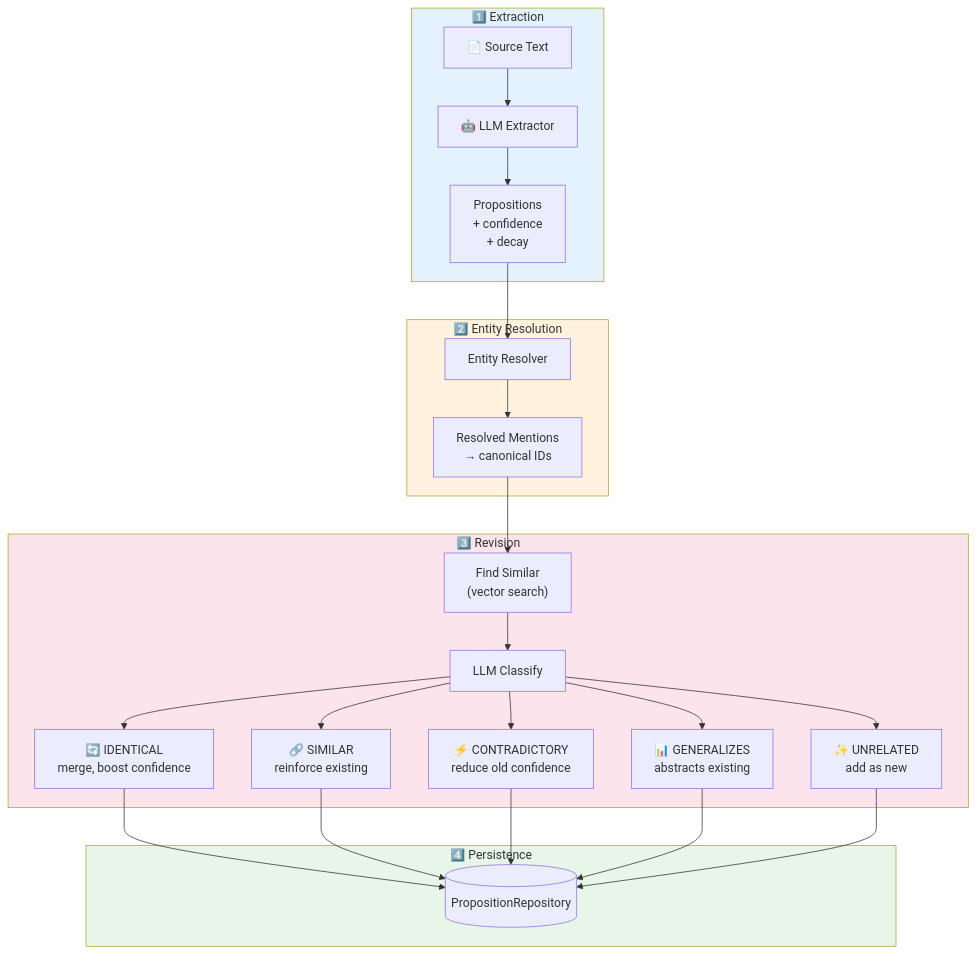
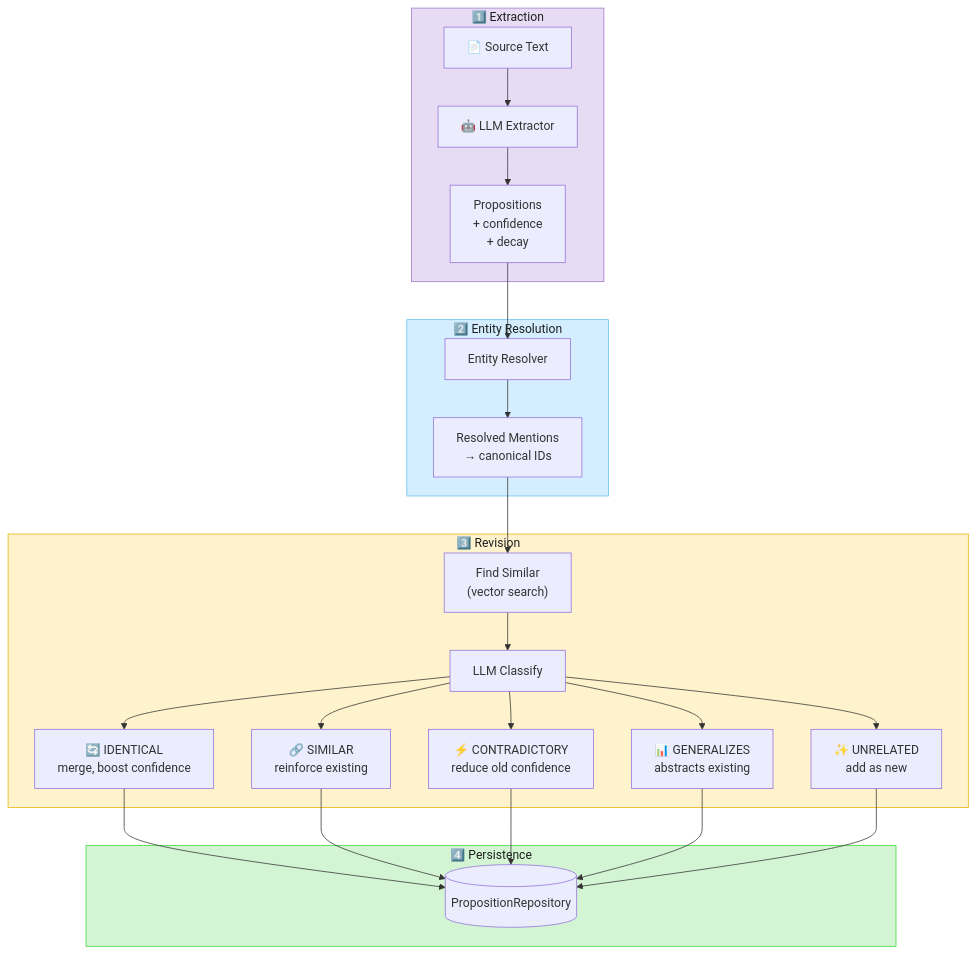
Before and after one commit to embabel/dice: the first of 4 diagrams in README.md, drawn with Mermaid. The commit also changed other lines of this file and 1 other file, not shown here.

````diff
--- a/README.md
+++ b/README.md
@@ -96,36 +96,36 @@
 ```mermaid
 flowchart TB
     subgraph Extraction["1️⃣ Extraction"]
         Text["📄 Source Text"] --> LLM["🤖 LLM Extractor"]
         LLM --> Props["Propositions<br/>+ confidence<br/>+ decay"]
     end
 
     subgraph Resolution["2️⃣ Entity Resolution"]
         Props --> ER["Entity Resolver"]
         ER --> Resolved["Resolved Mentions<br/>→ canonical IDs"]
     end
 
     subgraph Revision["3️⃣ Revision"]
         Resolved --> Similar["Find Similar<br/>(vector search)"]
         Similar --> Classify["LLM Classify"]
 
         Classify --> Identical["🔄 IDENTICAL<br/>merge, boost confidence"]
         Classify --> SimilarR["🔗 SIMILAR<br/>reinforce existing"]
         Classify --> Contra["⚡ CONTRADICTORY<br/>reduce old confidence"]
         Classify --> General["📊 GENERALIZES<br/>abstracts existing"]
         Classify --> Unrel["✨ UNRELATED<br/>add as new"]
     end
 
     subgraph Persist["4️⃣ Persistence"]
         Identical --> Repo[("PropositionRepository")]
         SimilarR --> Repo
         Contra --> Repo
         General --> Repo
         Unrel --> Repo
     end
 
-    style Extraction fill:#e3f2fd
-    style Resolution fill:#fff3e0
-    style Revision fill:#fce4ec
-    style Persist fill:#e8f5e9
+    style Extraction fill:#e8dcf4,stroke:#9f77cd,color:#1e1e1e
+    style Resolution fill:#d4eeff,stroke:#63c0f5,color:#1e1e1e
+    style Revision fill:#fff3cd,stroke:#e9b306,color:#1e1e1e
+    style Persist fill:#d4f5d4,stroke:#3fd73c,color:#1e1e1e
 ```
````
